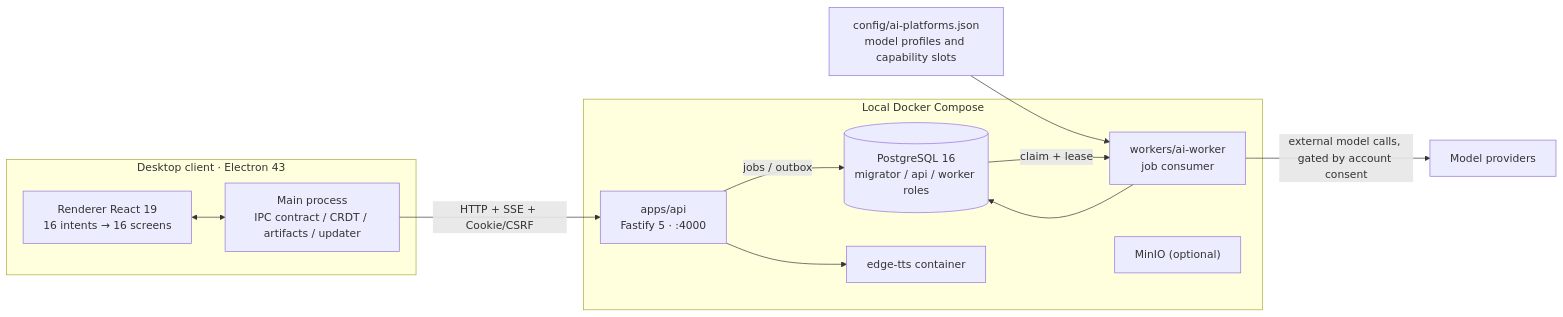
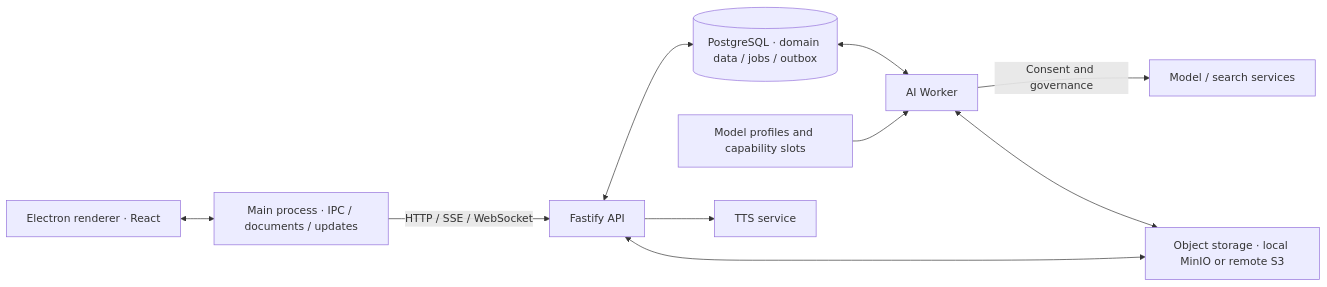
One commit to asklins223/Astella changed the diagram in README.en.md. Above: the diagram before and after it, drawn with Mermaid. The commit also changed other lines of this file and 2 other files, not shown here.

````diff
--- a/README.en.md
+++ b/README.en.md
@@ -74,22 +108,12 @@
 ```mermaid
 flowchart LR
-  subgraph client["Desktop client · Electron 43"]
-    R["Renderer React 19<br/>16 intents → 16 screens"]
-    M["Main process<br/>IPC contract / CRDT / artifacts / updater"]
-    R <--> M
-  end
-  subgraph local["Local Docker Compose"]
-    A["apps/api<br/>Fastify 5 · :4000"]
-    W["workers/ai-worker<br/>job consumer"]
-    P[("PostgreSQL 16<br/>migrator / api / worker roles")]
-    S["MinIO (optional)"]
-    T["edge-tts container"]
-  end
-  C["config/ai-platforms.json<br/>model profiles and capability slots"] --> W
-  M -->|HTTP + SSE + Cookie/CSRF| A
-  A -->|jobs / outbox| P
-  P -->|claim + lease| W
-  W -->|external model calls, gated by account consent| L["Model providers"]
-  W --> P
-  A --> T
+  R["Electron renderer · React"] <--> M["Main process · IPC / documents / updates"]
+  M -->|"HTTP / SSE / WebSocket"| A["Fastify API"]
+  A <--> D[("PostgreSQL · domain data / jobs / outbox")]
+  D <--> W["AI Worker"]
+  C["Model profiles and capability slots"] --> W
+  W -->|"Consent and governance"| P["Model / search services"]
+  A --> T["TTS service"]
+  A <--> S["Object storage · local MinIO or remote S3"]
+  W <--> S
 ```
````
